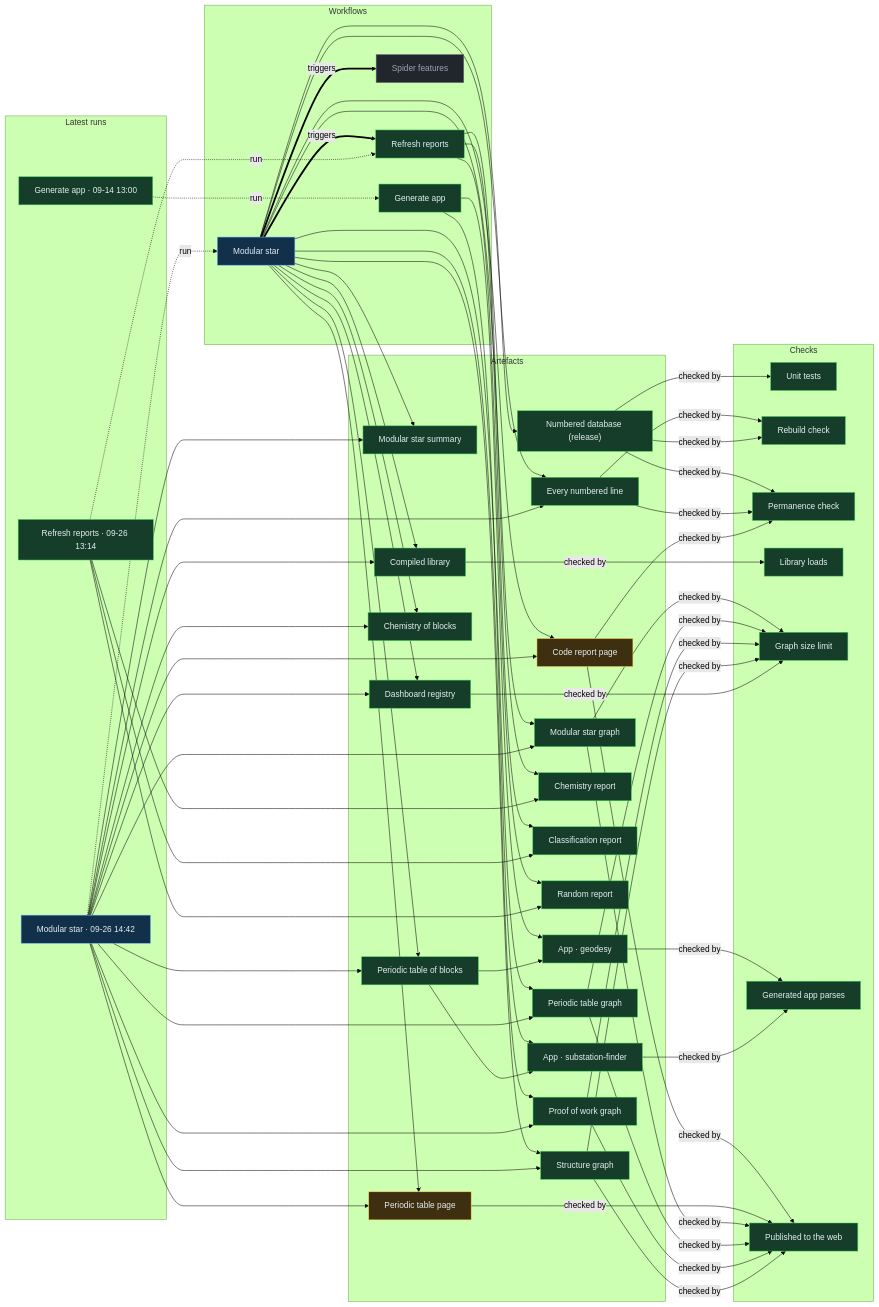
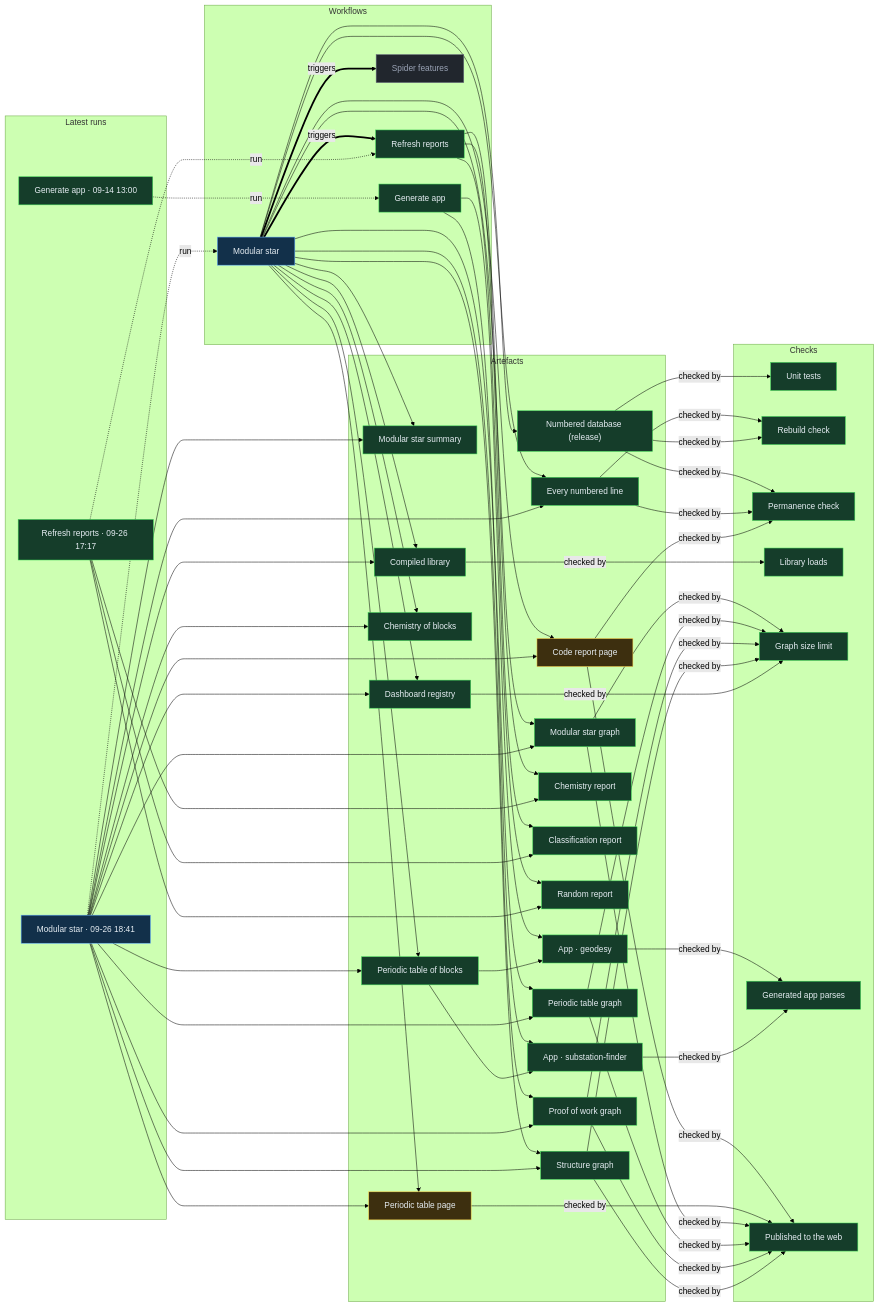
The diagram in proof/PROOF.md (Ventusltd/stars), drawn with Mermaid (forest theme) before and after one commit. The commit also changed other lines of this file and 35 other files, not shown here.

Commit message:
Modular star 2026-09-26T18:43Z

```diff
--- a/proof/PROOF.md
+++ b/proof/PROOF.md
@@ -24,8 +24,8 @@
   n_wf_spider_features["Spider features"]:::off
   end
   subgraph g_runs["Latest runs"]
-  n_run_36249426987["Modular star · 09-26 14:42"]:::live
-  n_run_36244495910["Refresh reports · 09-26 13:14"]:::ok
+  n_run_36263455734["Modular star · 09-26 18:41"]:::live
+  n_run_36258500748["Refresh reports · 09-26 17:17"]:::ok
   n_run_34846587798["Generate app · 09-14 13:00"]:::ok
   end
   subgraph g_artefacts["Artefacts"]
@@ -59,39 +59,39 @@
   end
   n_wf_modular_star == triggers ==> n_wf_refresh
   n_wf_modular_star == triggers ==> n_wf_spider_features
-  n_run_36249426987 -. run .-> n_wf_modular_star
-  n_run_36244495910 -. run .-> n_wf_refresh
+  n_run_36263455734 -. run .-> n_wf_modular_star
+  n_run_36258500748 -. run .-> n_wf_refresh
   n_run_34846587798 -. run .-> n_wf_generate
   n_wf_modular_star --> n_art_summary
-  n_run_36249426987 --> n_art_summary
+  n_run_36263455734 --> n_art_summary
   n_wf_modular_star --> n_art_lines
-  n_run_36249426987 --> n_art_lines
+  n_run_36263455734 --> n_art_lines
   n_wf_modular_star --> n_art_code
-  n_run_36249426987 --> n_art_code
+  n_run_36263455734 --> n_art_code
   n_wf_modular_star --> n_art_modular_graph
-  n_run_36249426987 --> n_art_modular_graph
+  n_run_36263455734 --> n_art_modular_graph
   n_wf_modular_star --> n_art_blocks
-  n_run_36249426987 --> n_art_blocks
+  n_run_36263455734 --> n_art_blocks
   n_wf_modular_star --> n_art_table
-  n_run_36249426987 --> n_art_table
+  n_run_36263455734 --> n_art_table
   n_wf_modular_star --> n_art_blocks_graph
-  n_run_36249426987 --> n_art_blocks_graph
+  n_run_36263455734 --> n_art_blocks_graph
   n_wf_modular_star --> n_art_reactions
-  n_run_36249426987 --> n_art_reactions
+  n_run_36263455734 --> n_art_reactions
   n_wf_modular_star --> n_art_library
-  n_run_36249426987 --> n_art_library
+  n_run_36263455734 --> n_art_library
   n_wf_modular_star --> n_art_features
-  n_run_36249426987 --> n_art_features
+  n_run_36263455734 --> n_art_features
   n_wf_modular_star --> n_art_proof
-  n_run_36249426987 --> n_art_proof
+  n_run_36263455734 --> n_art_proof
   n_wf_modular_star --> n_art_structure
-  n_run_36249426987 --> n_art_structure
+  n_run_36263455734 --> n_art_structure
   n_wf_refresh --> n_art_chemistry
-  n_run_36244495910 --> n_art_chemistry
+  n_run_36258500748 --> n_art_chemistry
   n_wf_refresh --> n_art_vedic
-  n_run_36244495910 --> n_art_vedic
+  n_run_36258500748 --> n_art_vedic
   n_wf_refresh --> n_art_random
-  n_run_36244495910 --> n_art_random
+  n_run_36258500748 --> n_art_random
   n_wf_modular_star --> n_art_release
   n_wf_generate --> n_app_geodesy
   n_art_blocks --> n_app_geodesy
```
